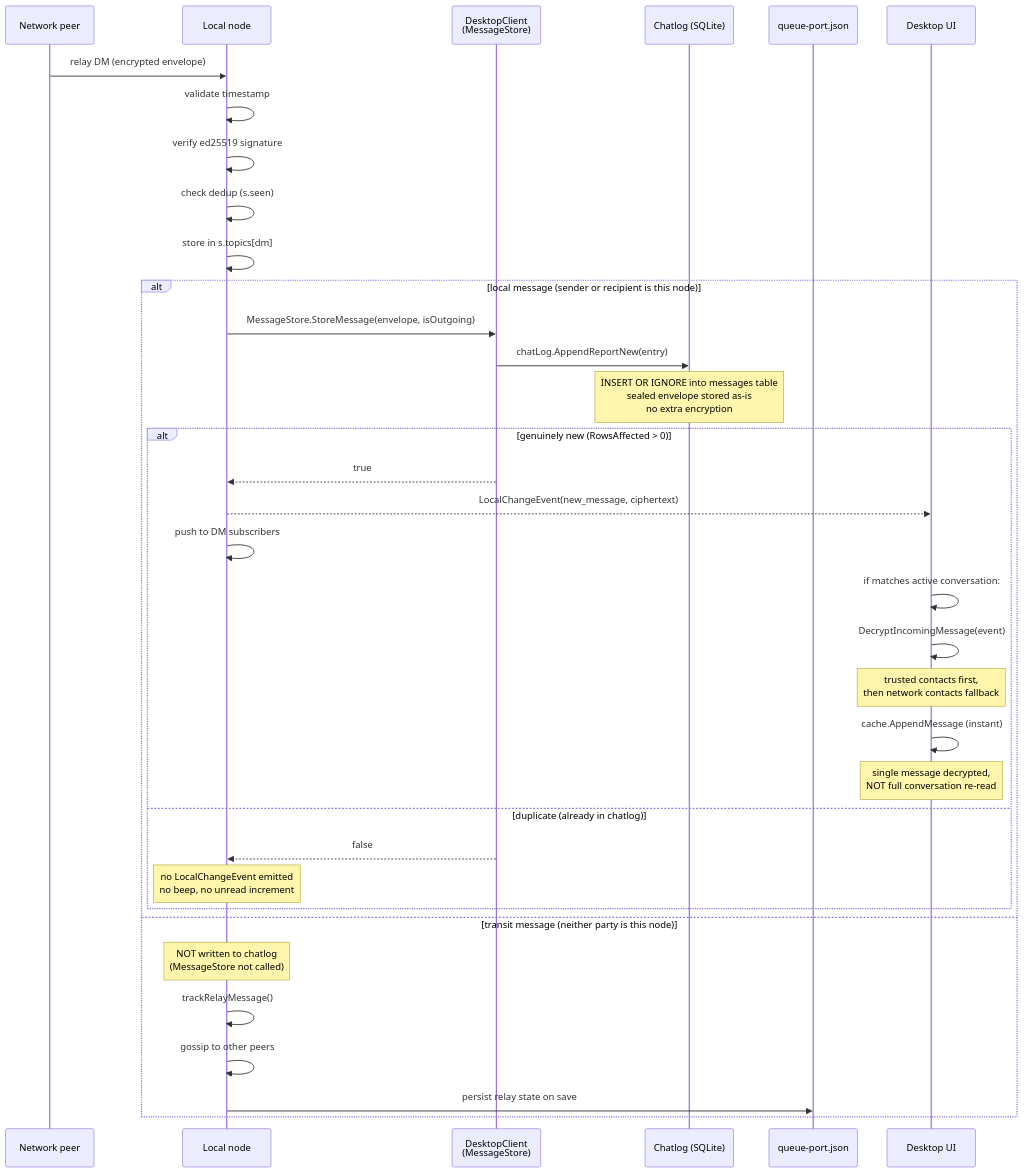
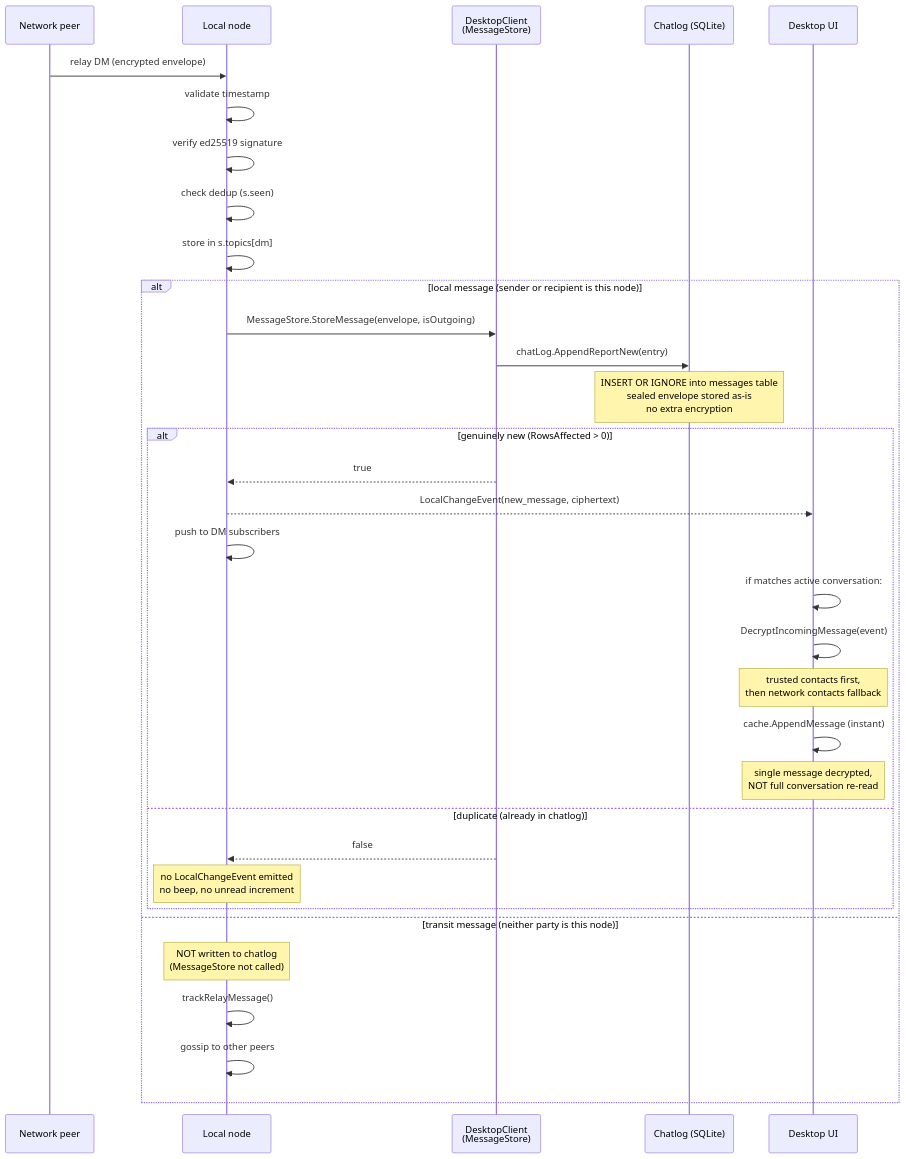
The third of 16 diagrams in docs/chatlog.md (piratecash/corsa), drawn with Mermaid before and after one commit. The commit also changed other lines of this file and 67 other files, not shown here.

````diff
--- a/docs/chatlog.md
+++ b/docs/chatlog.md
@@ -78,38 +74,36 @@
 ```mermaid
 sequenceDiagram
     participant NET as Network peer
     participant NODE as Local node
     participant SVC as DesktopClient<br/>(MessageStore)
     participant LOG as Chatlog (SQLite)
-    participant QUEUE as queue-port.json
     participant UI as Desktop UI
 
     NET->>NODE: relay DM (encrypted envelope)
     NODE->>NODE: validate timestamp
     NODE->>NODE: verify ed25519 signature
     NODE->>NODE: check dedup (s.seen)
     NODE->>NODE: store in s.topics[dm]
     alt local message (sender or recipient is this node)
         NODE->>SVC: MessageStore.StoreMessage(envelope, isOutgoing)
         SVC->>LOG: chatLog.AppendReportNew(entry)
         Note over LOG: INSERT OR IGNORE into messages table<br/>sealed envelope stored as-is<br/>no extra encryption
         alt genuinely new (RowsAffected > 0)
             SVC-->>NODE: true
             NODE-->>UI: LocalChangeEvent(new_message, ciphertext)
             NODE->>NODE: push to DM subscribers
             UI->>UI: if matches active conversation:
             UI->>UI:   DecryptIncomingMessage(event)
             Note over UI: trusted contacts first,<br/>then network contacts fallback
             UI->>UI:   cache.AppendMessage (instant)
             Note over UI: single message decrypted,<br/>NOT full conversation re-read
         else duplicate (already in chatlog)
             SVC-->>NODE: false
             Note over NODE: no LocalChangeEvent emitted<br/>no beep, no unread increment
         end
     else transit message (neither party is this node)
         Note over NODE: NOT written to chatlog<br/>(MessageStore not called)
         NODE->>NODE: trackRelayMessage()
         NODE->>NODE: gossip to other peers
-        NODE->>QUEUE: persist relay state on save
     end
 ```
````
